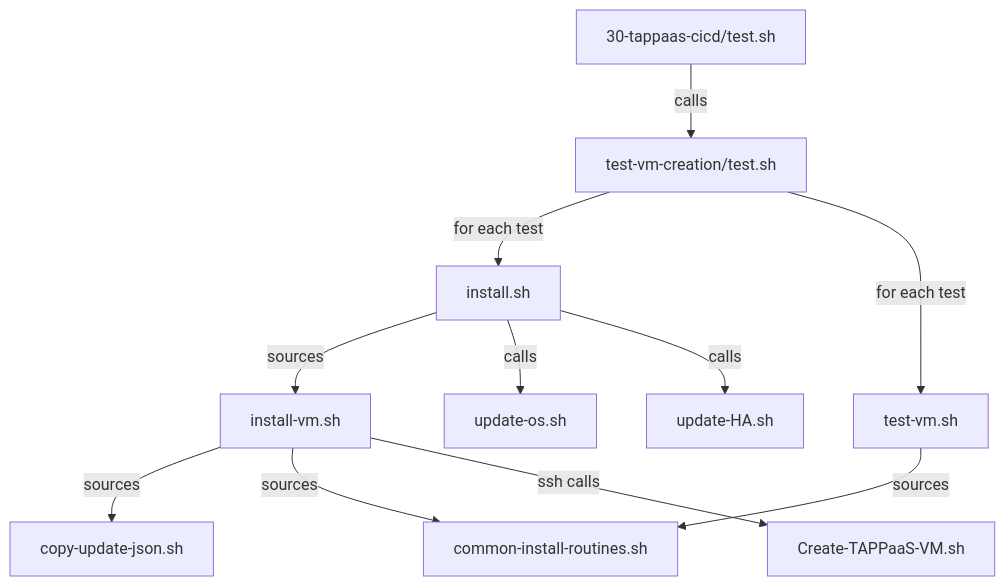
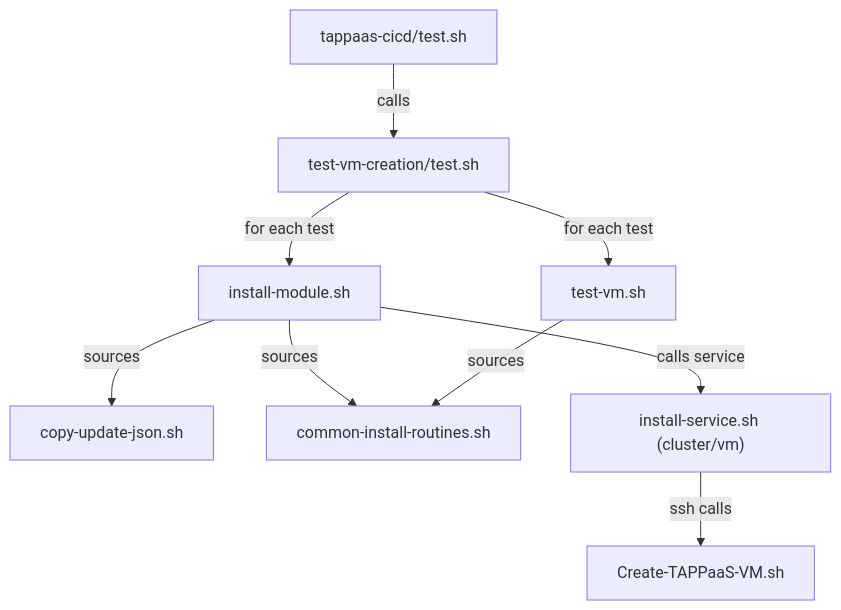
One commit to TAPPaaS/TAPPaaS changed the fourth of 8 diagrams in src/foundation/DEPENDENCIES.md. Above: the diagram before and after it, drawn with Mermaid. The commit also changed other lines of this file and 17 other files, not shown here.

````diff
--- a/src/foundation/DEPENDENCIES.md
+++ b/src/foundation/DEPENDENCIES.md
@@ -162,17 +143,14 @@
 ```mermaid
 graph TD
-    A[30-tappaas-cicd/test.sh] -->|calls| B[test-vm-creation/test.sh]
+    A[tappaas-cicd/test.sh] -->|calls| B[test-vm-creation/test.sh]
 
-    B -->|for each test| C[install.sh]
+    B -->|for each test| C[install-module.sh]
     B -->|for each test| D[test-vm.sh]
 
-    C -->|sources| E[install-vm.sh]
-    C -->|calls| F[update-os.sh]
-    C -->|calls| G[update-HA.sh]
+    C -->|sources| E[copy-update-json.sh]
+    C -->|sources| F[common-install-routines.sh]
+    C -->|calls service| G["install-service.sh (cluster/vm)"]
+    G -->|ssh calls| H[Create-TAPPaaS-VM.sh]
 
-    E -->|sources| H[copy-update-json.sh]
-    E -->|sources| I[common-install-routines.sh]
-    E -->|ssh calls| J[Create-TAPPaaS-VM.sh]
-
-    D -->|sources| I
+    D -->|sources| F
 ```
````
